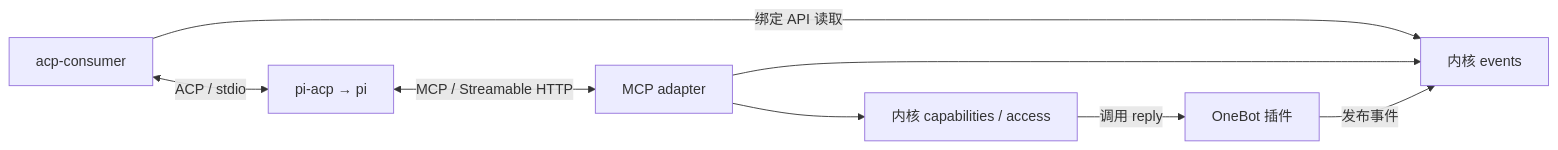
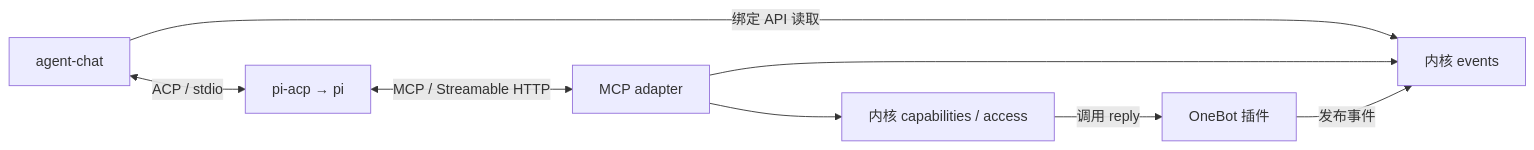
Before and after one commit to ycychome/Imbrex: the diagram in docs/agent-integration.md, drawn with Mermaid. The commit also changed other lines of this file and 64 other files, not shown here.

````diff
--- a/docs/agent-integration.md
+++ b/docs/agent-integration.md
@@ -16,10 +16,10 @@
 ```mermaid
 flowchart LR
     O["OneBot 插件"] -->|发布事件| E["内核 events"]
-    U["acp-consumer"] -->|绑定 API 读取| E
+    U["agent-chat"] -->|绑定 API 读取| E
     U <-->|ACP / stdio| A["pi-acp → pi"]
     A <-->|MCP / Streamable HTTP| M["MCP adapter"]
     M --> E
     M --> C["内核 capabilities / access"]
     C -->|调用 reply| O
 ```
````
